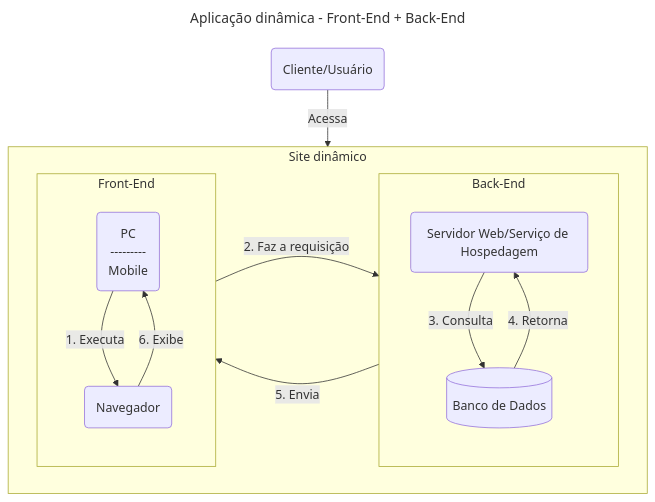
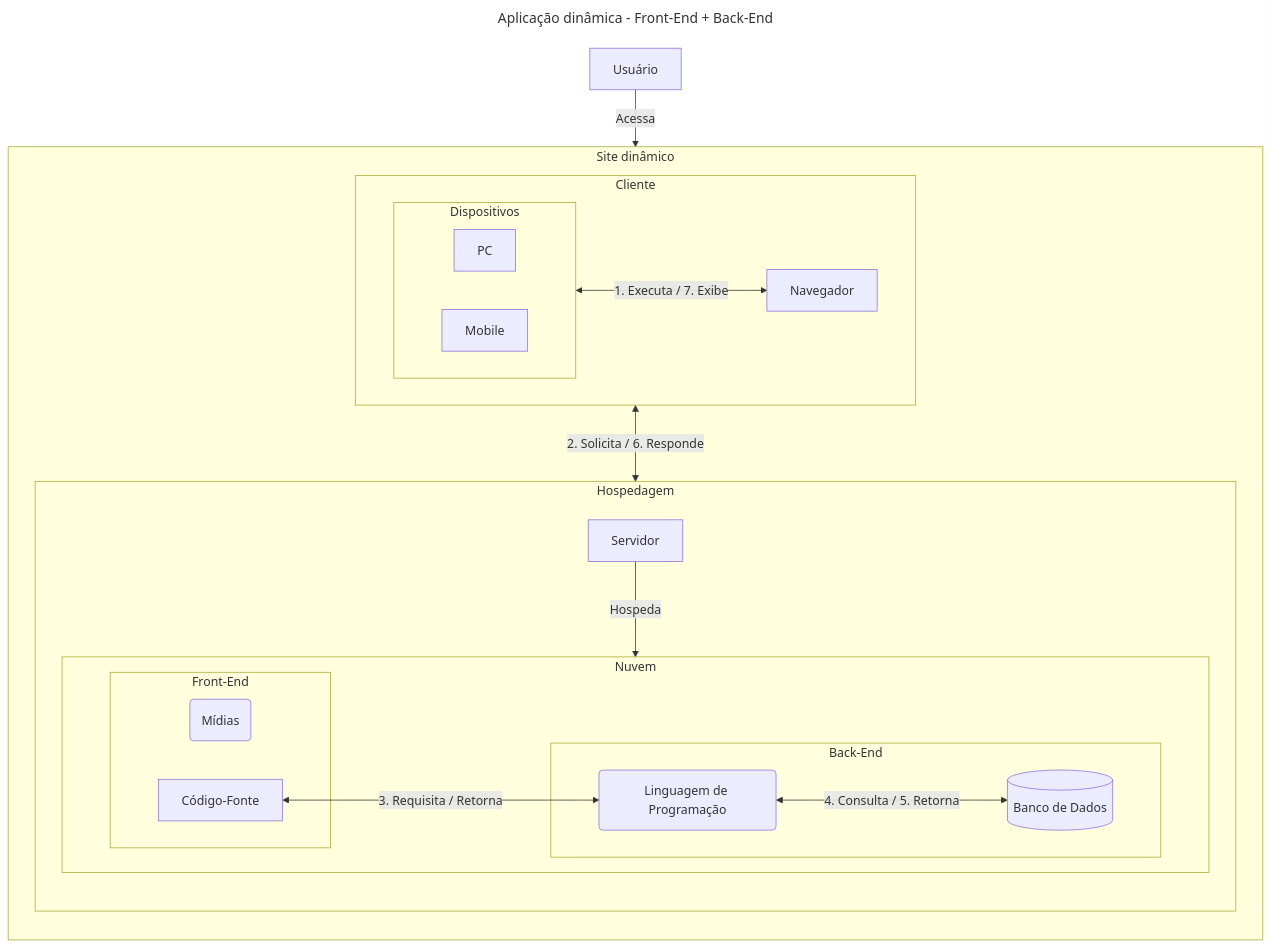
The second of 2 diagrams in README.md (dev-alexmachado/guia_rapido_aplicacoes_web), drawn with Mermaid before and after one commit. The commit also changed other lines of this file, not shown here.

Commit message:
Updated: diagramas sites estáticos e dinâmicos

```diff
--- a/README.md
+++ b/README.md
@@ -67,30 +92,41 @@
 ~~~mermaid
 ---
 title: Aplicação dinâmica - Front-End + Back-End
 ---
 graph TD
-    A(Cliente/Usuário) -- Acessa --> Sistema
+    Usuário -- Acessa --> Sistema
 
     subgraph Sistema [Site dinâmico]
-        direction LR
+        direction TD
 
-        subgraph Back-End
+        subgraph Hospedagem
             direction TD
-            D(Servidor Web/Serviço de Hospedagem) -- 3. Consulta --> E[(Banco de Dados)]
+            Servidor -- Hospeda --> Nuvem
 
-            E -- 4. Retorna --> D
+            subgraph Nuvem
+            direction LR
+                subgraph Back-End
+                    Linguagem(Linguagem de Programação) <-- 4. Consulta / 5. Retorna --> BD[(Banco de Dados)]
+                end
+                subgraph Front-End
+                    Mídia(Mídias)
+                    Código-Fonte
+                end
+
+                Código-Fonte <-- 3. Requisita / Retorna --> Linguagem
+            end
         end
 
-        Front-End -- 2. Faz a requisição --> Back-End
-        Back-End -- 5. Envia --> Front-End
+        Cliente <-- 2. Solicita / 6. Responde --> Hospedagem
 
-        subgraph Front-End
-            direction TD
-            B(PC<br>---------<br>Mobile) -- 1. Executa --> C(Navegador)
-
-            C -- 6. Exibe --> B
+        subgraph Cliente
+            direction LR
+            subgraph Dispositivos
+                PC
+                Mobile
+            end
+            
+            Dispositivos <-- 1. Executa / 7. Exibe --> Navegador
         end
-
-        
     end
 ~~~
```
